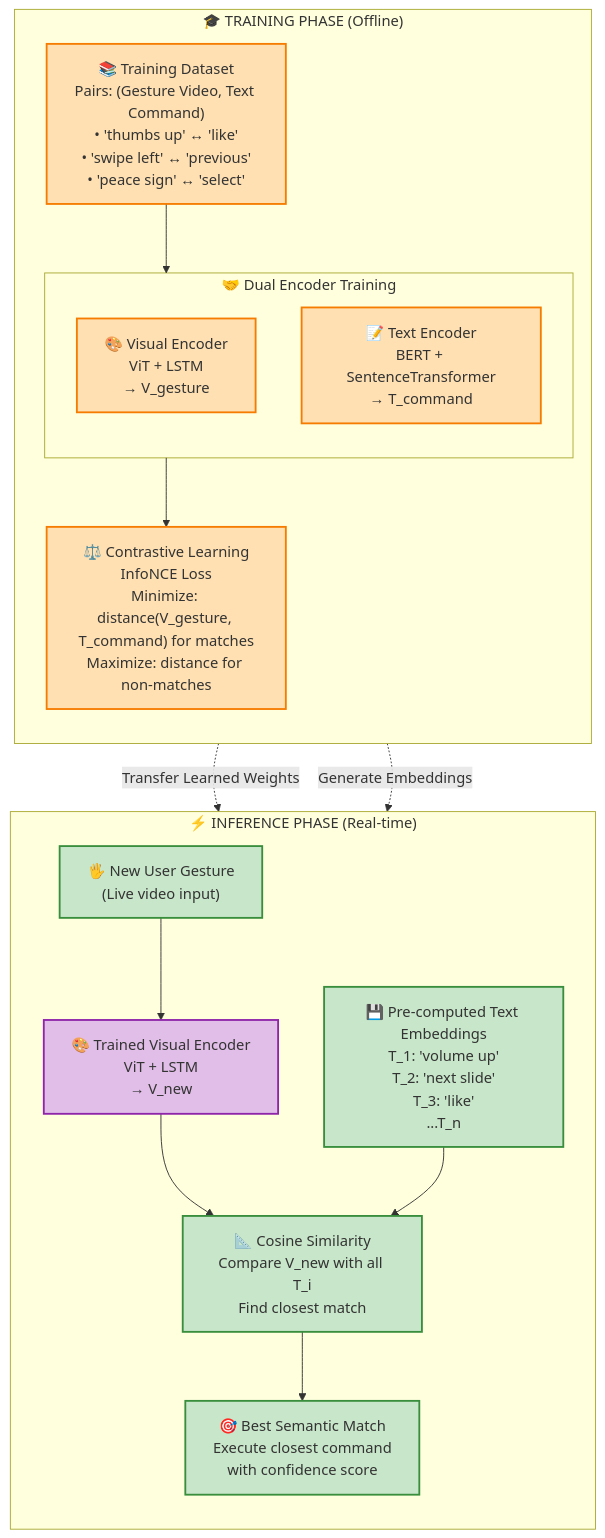
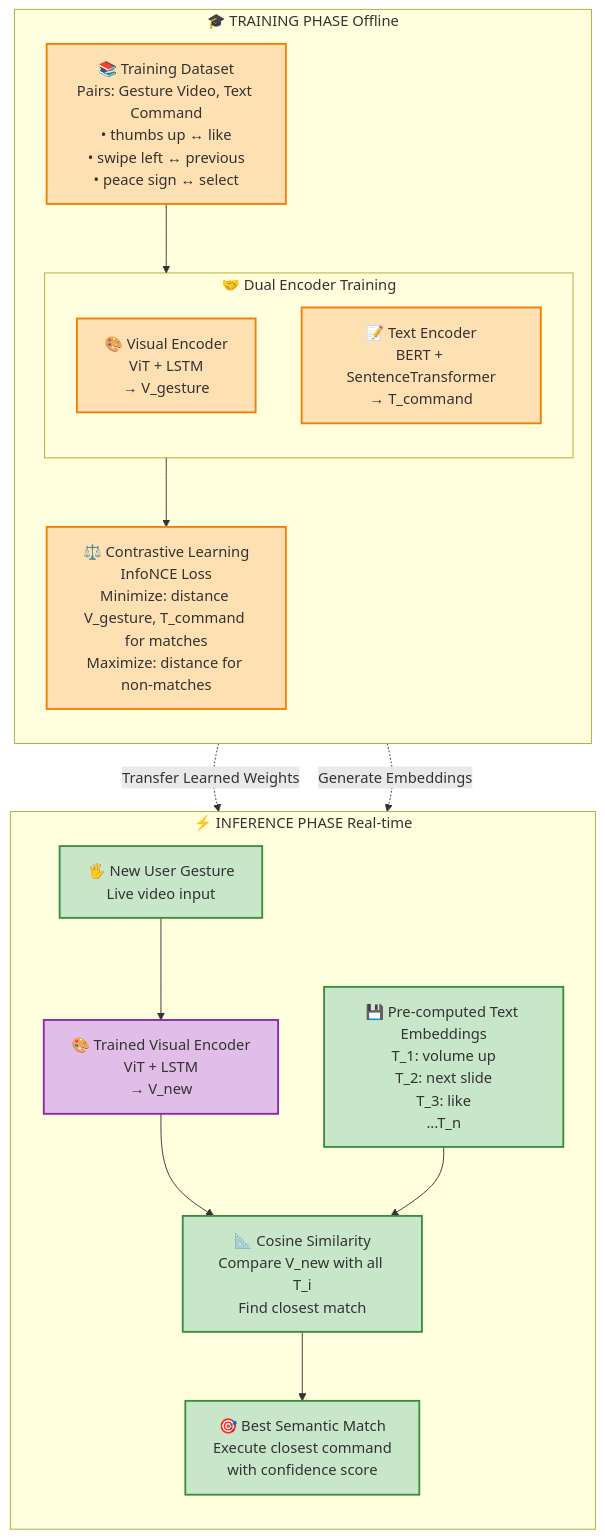
The fifth of 5 diagrams in docs/Project-Architecture/DETAILED_SYSTEM_ARCHITECTURE.md (ntsrigaud/Maestro), drawn with Mermaid before and after one commit. The commit also changed other lines of this file, not shown here.

Commit message:
fix(docs): syntax error in mermaid diagram for project architecture

````diff
--- a/docs/Project-Architecture/DETAILED_SYSTEM_ARCHITECTURE.md
+++ b/docs/Project-Architecture/DETAILED_SYSTEM_ARCHITECTURE.md
@@ -403,48 +424,48 @@
 ```mermaid
 graph TB
     %% Styling
     classDef training fill:#ffe0b2,stroke:#f57c00,stroke-width:2px
     classDef inference fill:#c8e6c9,stroke:#388e3c,stroke-width:2px
     classDef shared fill:#e1bee7,stroke:#8e24aa,stroke-width:2px
 
     %% Training Phase
-    subgraph TRAIN_PHASE ["🎓 TRAINING PHASE (Offline)"]
+    subgraph TRAIN_PHASE ["🎓 TRAINING PHASE Offline"]
         direction TB
-        
-        TRAIN_DATA["📚 Training Dataset<br/>Pairs: (Gesture Video, Text Command)<br/>• 'thumbs up' ↔ 'like'<br/>• 'swipe left' ↔ 'previous'<br/>• 'peace sign' ↔ 'select'"]:::training
-        
+
+        TRAIN_DATA["📚 Training Dataset<br/>Pairs: Gesture Video, Text Command<br/>• thumbs up ↔ like<br/>• swipe left ↔ previous<br/>• peace sign ↔ select"]:::training
+
         subgraph DUAL_ENCODER ["🤝 Dual Encoder Training"]
             VIS_ENC_TRAIN["🎨 Visual Encoder<br/>ViT + LSTM<br/>→ V_gesture"]:::training
             TEXT_ENC_TRAIN["📝 Text Encoder<br/>BERT + SentenceTransformer<br/>→ T_command"]:::training
         end
-        
-        CONTRASTIVE["⚖️ Contrastive Learning<br/>InfoNCE Loss<br/>Minimize: distance(V_gesture, T_command) for matches<br/>Maximize: distance for non-matches"]:::training
-        
+
+        CONTRASTIVE["⚖️ Contrastive Learning<br/>InfoNCE Loss<br/>Minimize: distance V_gesture, T_command for matches<br/>Maximize: distance for non-matches"]:::training
+
         TRAIN_DATA --> DUAL_ENCODER
         DUAL_ENCODER --> CONTRASTIVE
     end
 
-    %% Inference Phase  
-    subgraph INFER_PHASE ["⚡ INFERENCE PHASE (Real-time)"]
+    %% Inference Phase
+    subgraph INFER_PHASE ["⚡ INFERENCE PHASE Real-time"]
         direction TB
-        
-        NEW_GESTURE["🖐️ New User Gesture<br/>(Live video input)"]:::inference
-        
+
+        NEW_GESTURE["🖐️ New User Gesture<br/>Live video input"]:::inference
+
         VIS_ENC_INFER["🎨 Trained Visual Encoder<br/>ViT + LSTM<br/>→ V_new"]:::shared
-        
-        PRE_COMPUTED["💾 Pre-computed Text Embeddings<br/>T_1: 'volume up'<br/>T_2: 'next slide'<br/>T_3: 'like'<br/>...T_n"]:::inference
-        
+
+        PRE_COMPUTED["💾 Pre-computed Text Embeddings<br/>T_1: volume up<br/>T_2: next slide<br/>T_3: like<br/>...T_n"]:::inference
+
         SIMILARITY["📐 Cosine Similarity<br/>Compare V_new with all T_i<br/>Find closest match"]:::inference
-        
+
         BEST_MATCH["🎯 Best Semantic Match<br/>Execute closest command<br/>with confidence score"]:::inference
-        
+
         NEW_GESTURE --> VIS_ENC_INFER
         VIS_ENC_INFER --> SIMILARITY
         PRE_COMPUTED --> SIMILARITY
         SIMILARITY --> BEST_MATCH
     end
 
     %% Shared Models
     VIS_ENC_TRAIN -.->|"Transfer Learned Weights"| VIS_ENC_INFER
     TEXT_ENC_TRAIN -.->|"Generate Embeddings"| PRE_COMPUTED
 ```
````
